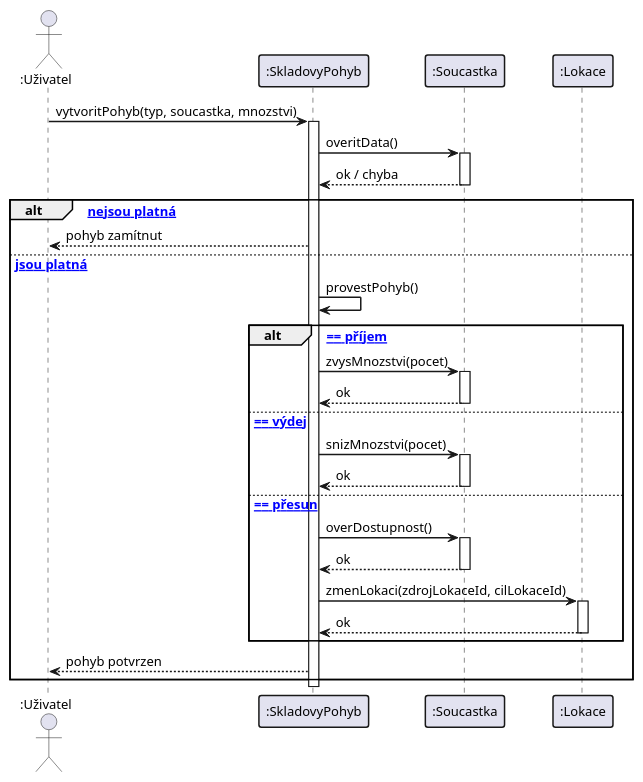
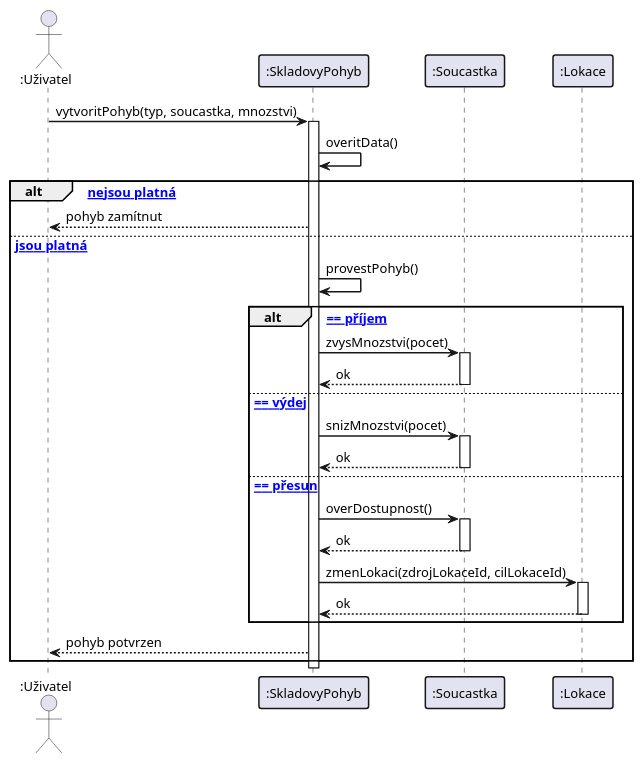
Before and after one commit to lkvapil/kOdevzdaniProjektWMS: the diagram in diagrams/13_sequence_pohyb.puml, drawn with PlantUML. The commit also changed 3 other files, not shown here.

Commit message:
Oprava konzistence – sekvenční, stavové diagramy 09+10

```diff
--- a/diagrams/13_sequence_pohyb.puml
+++ b/diagrams/13_sequence_pohyb.puml
@@ -1,58 +1,55 @@
 @startuml
 skinparam defaultFontSize 13
 skinparam sequenceArrowThickness 1.5
 skinparam sequenceParticipantBorderThickness 1.5
 skinparam sequenceGroupBorderThickness 1.5
 
 ' ->    plná čára, plná šipka    = synchronní zpráva (odesílatel čeká)
 ' -->   přerušovaná čára         = odpověď / návratová hodnota
-' ->>   plná čára, prázdná šipka = asynchronní zpráva (odesílatel NEČEKÁ)
 
 actor ":Uživatel" as Uzivatel
 participant ":SkladovyPohyb" as Pohyb
 participant ":Soucastka" as Soucastka
 participant ":Lokace" as Lokace
 
 Uzivatel -> Pohyb : vytvoritPohyb(typ, soucastka, mnozstvi)
 activate Pohyb
 
-Pohyb -> Soucastka : overitData()
-activate Soucastka
-Soucastka --> Pohyb : ok / chyba
-deactivate Soucastka
+' overitData() je metoda SkladovyPohyb – volá se na sobě
+Pohyb -> Pohyb : overitData()
 
 alt [data nejsou platná]
     Pohyb --> Uzivatel : pohyb zamítnut
 
 else [data jsou platná]
     Pohyb -> Pohyb : provestPohyb()
 
     alt [typ == příjem]
         Pohyb -> Soucastka : zvysMnozstvi(pocet)
         activate Soucastka
         Soucastka --> Pohyb : ok
         deactivate Soucastka
 
     else [typ == výdej]
         Pohyb -> Soucastka : snizMnozstvi(pocet)
         activate Soucastka
         Soucastka --> Pohyb : ok
         deactivate Soucastka
 
     else [typ == přesun]
         Pohyb -> Soucastka : overDostupnost()
         activate Soucastka
         Soucastka --> Pohyb : ok
         deactivate Soucastka
         Pohyb -> Lokace : zmenLokaci(zdrojLokaceId, cilLokaceId)
         activate Lokace
         Lokace --> Pohyb : ok
         deactivate Lokace
     end
 
     Pohyb --> Uzivatel : pohyb potvrzen
 end
 
 deactivate Pohyb
 
 @enduml
```
